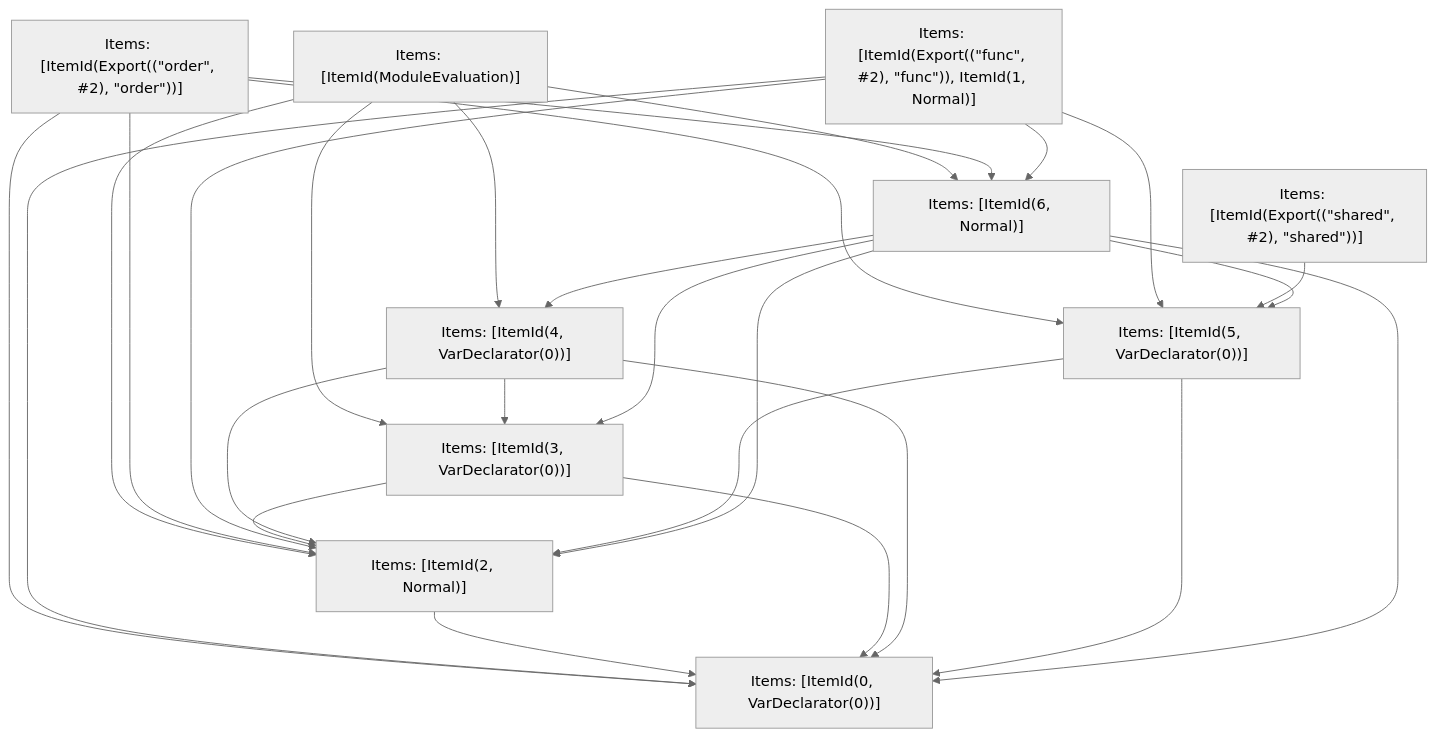
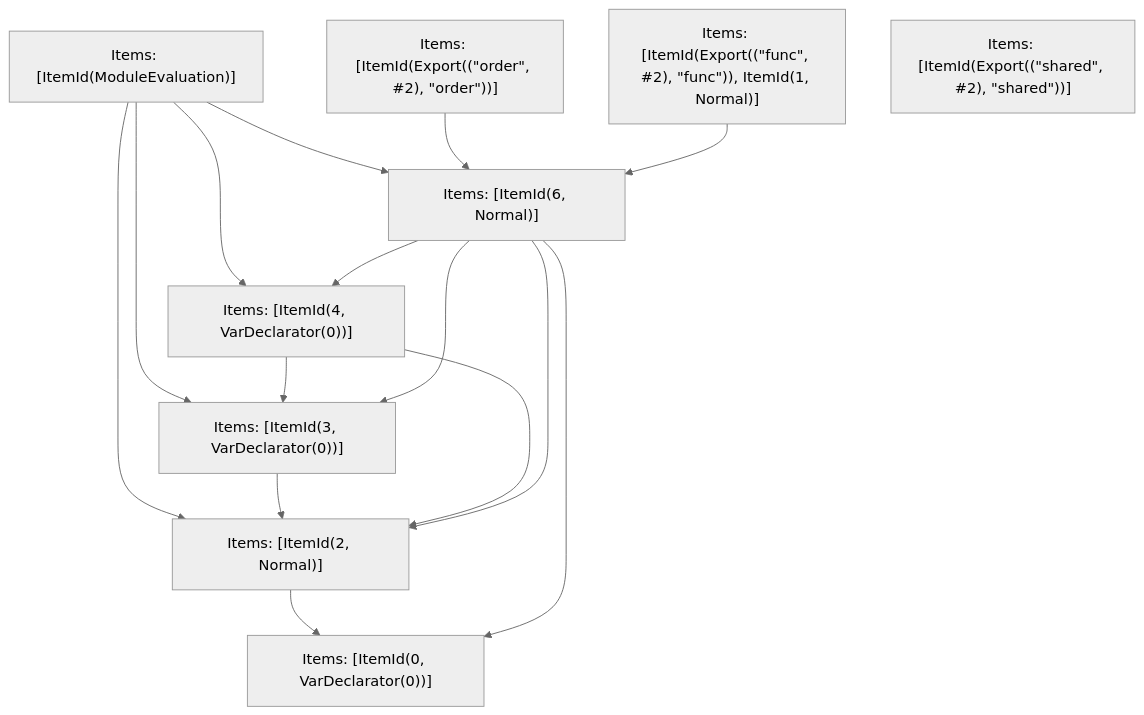
The fifth of 5 diagrams in crates/turbopack-ecmascript/tests/tree-shaker/analyzer/write-order/output.md (vercel/turborepo), drawn with Mermaid (neutral theme) before and after one commit. The commit also changed other lines of this file and 20 other files, not shown here.

````diff
--- a/crates/turbopack-ecmascript/tests/tree-shaker/analyzer/write-order/output.md
+++ b/crates/turbopack-ecmascript/tests/tree-shaker/analyzer/write-order/output.md
@@ -233,39 +214,26 @@
 ```mermaid
 graph TD
     N0["Items: [ItemId(ModuleEvaluation)]"];
     N1["Items: [ItemId(Export((&quot;order&quot;, #2), &quot;order&quot;))]"];
     N2["Items: [ItemId(Export((&quot;func&quot;, #2), &quot;func&quot;)), ItemId(1, Normal)]"];
     N3["Items: [ItemId(Export((&quot;shared&quot;, #2), &quot;shared&quot;))]"];
     N4["Items: [ItemId(0, VarDeclarator(0))]"];
     N5["Items: [ItemId(2, Normal)]"];
     N6["Items: [ItemId(3, VarDeclarator(0))]"];
     N7["Items: [ItemId(4, VarDeclarator(0))]"];
-    N8["Items: [ItemId(5, VarDeclarator(0))]"];
-    N9["Items: [ItemId(6, Normal)]"];
+    N8["Items: [ItemId(6, Normal)]"];
     N0 --> N5;
     N0 --> N6;
     N0 --> N7;
-    N0 --> N9;
-    N1 --> N4;
-    N1 --> N5;
+    N0 --> N8;
     N1 --> N8;
-    N1 --> N9;
-    N2 --> N4;
-    N2 --> N5;
     N2 --> N8;
-    N2 --> N9;
-    N3 --> N8;
     N5 --> N4;
     N6 --> N5;
-    N6 --> N4;
     N7 --> N5;
     N7 --> N6;
-    N7 --> N4;
     N8 --> N4;
     N8 --> N5;
-    N9 --> N4;
-    N9 --> N5;
-    N9 --> N8;
-    N9 --> N6;
-    N9 --> N7;
+    N8 --> N6;
+    N8 --> N7;
 ```
````
